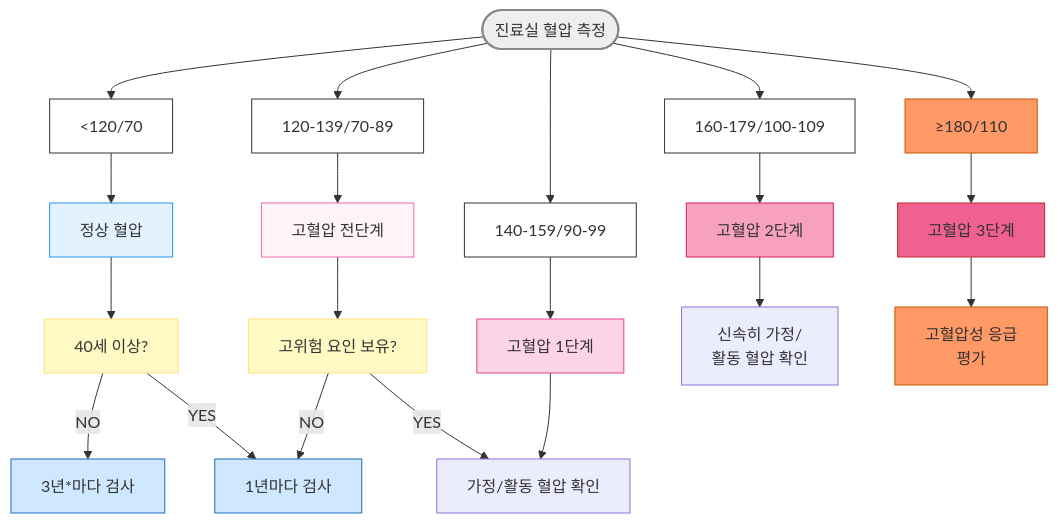
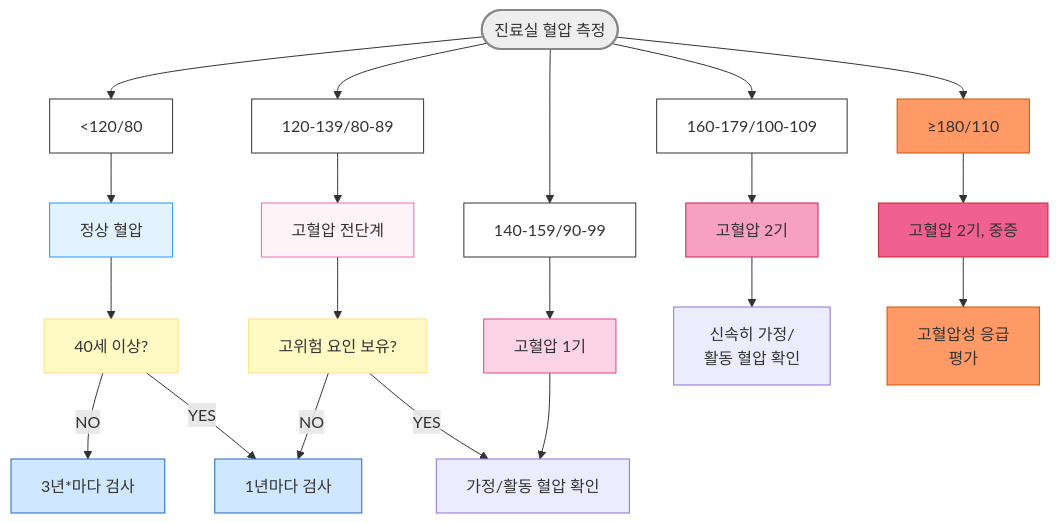
One commit to familyoh77/familyoh77 changed the first of 6 diagrams in 225_/095_-hypertension.md. Above: the diagram before and after it, drawn with Mermaid. The commit also changed other lines of this file, not shown here.

````diff
--- a/225_/095_-hypertension.md
+++ b/225_/095_-hypertension.md
@@ -238,33 +238,33 @@
 ```mermaid
 graph TD
     A([진료실 혈압 측정])
-    A -->B1["<120/70"]--> C[정상 혈압]
-    A -->B2[120-139/70-89]--> D[고혈압 전단계]
-    A -->B3[140-159/90-99]--> E[고혈압 1단계]
-    A -->B4[160-179/100-109]--> F[고혈압 2단계]
-    A -->B5["≥180/110"]--> G[고혈압 3단계]
+    A -->B1["<120/80"]--> C[정상 혈압]
+    A -->B2[120-139/80-89]--> D[고혈압 전단계]
+    A -->B3[140-159/90-99]--> E[고혈압 1기]
+    A -->B4[160-179/100-109]--> F[고혈압 2기]
+    A -->B5["≥180/110"]--> G[고혈압 2기, 중증]
 style A fill:#eeeeee,stroke:#888888,stroke-width:2px
 classDef white fill:#fff,stroke:#333
 class B1,B2,B3,B4 white
 style C fill:#e3f2ff,stroke:#2196f3
 style D fill:#fef4f8,stroke:#f06baf
 style E fill:#fcd4e6,stroke:#e0448e
 style F fill:#f8a0c0,stroke:#d01f5a
 style G fill:#f06090,stroke:#c62828
     
     C --> H[40세 이상?]
     H -->|NO| I[3년*마다 검사]
     H -->|YES| J[1년마다 검사]
     D --> K[고위험 요인 보유?]
     K -->|NO| J
     K -->|YES| L[가정/활동 혈압 확인]
     E --> L
     F --> M[신속히 가정/<br/>활동 혈압 확인]
     G --> N[고혈압성 응급<br/> 평가]
 classDef yellow fill:#fff9c4,stroke:#ffe082
 class H,K yellow
 classDef blue fill:#d0e8ff,stroke:#1a6abf
 class I,J blue
 classDef peach fill:#ff9966,stroke:#cc5500
 class N,B5 peach
 ```
````
